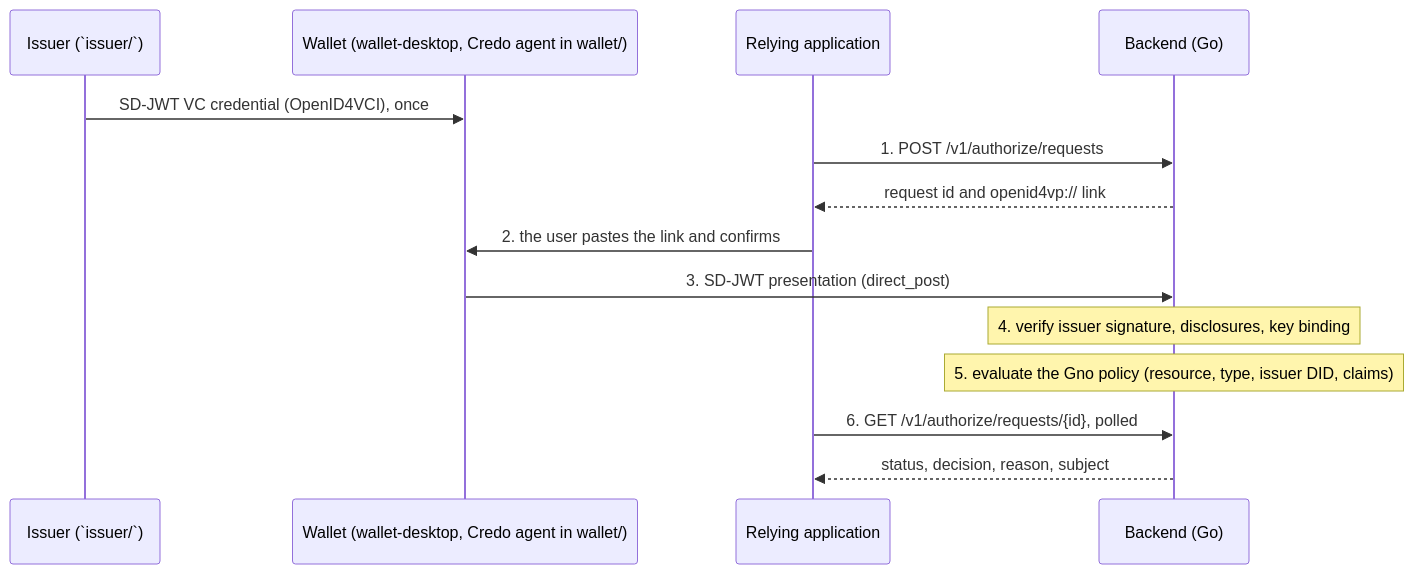
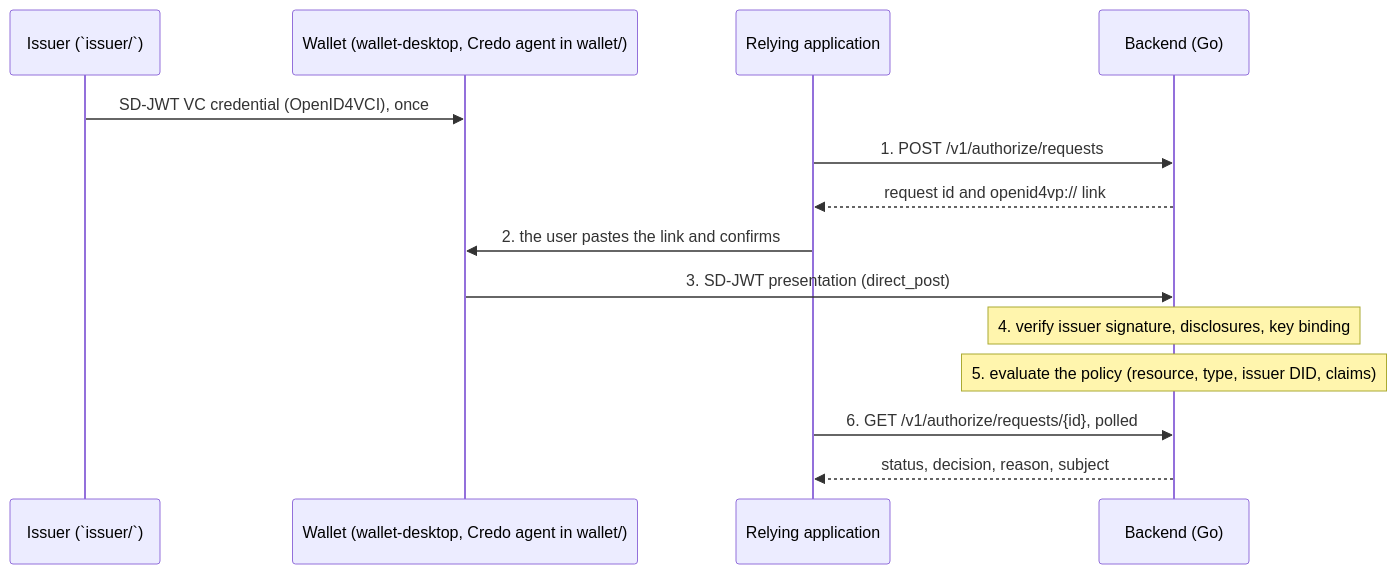
Before and after one commit to threehook/attesta: the diagram in docs/architecture.md, drawn with Mermaid. The commit also changed 8 other files, not shown here.

````diff
--- a/docs/architecture.md
+++ b/docs/architecture.md
@@ -14,17 +14,17 @@
 ```mermaid
 sequenceDiagram
     participant I as Issuer (`issuer/`)
     participant W as Wallet (wallet-desktop, Credo agent in wallet/)
     participant A as Relying application
     participant B as Backend (Go)
 
     I->>W: SD-JWT VC credential (OpenID4VCI), once
     A->>B: 1. POST /v1/authorize/requests
     B-->>A: request id and openid4vp:// link
     A->>W: 2. the user pastes the link and confirms
     W->>B: 3. SD-JWT presentation (direct_post)
     Note over B: 4. verify issuer signature, disclosures, key binding
-    Note over B: 5. evaluate the Gno policy (resource, type, issuer DID, claims)
+    Note over B: 5. evaluate the policy (resource, type, issuer DID, claims)
     A->>B: 6. GET /v1/authorize/requests/{id}, polled
     B-->>A: status, decision, reason, subject
 ```
````
